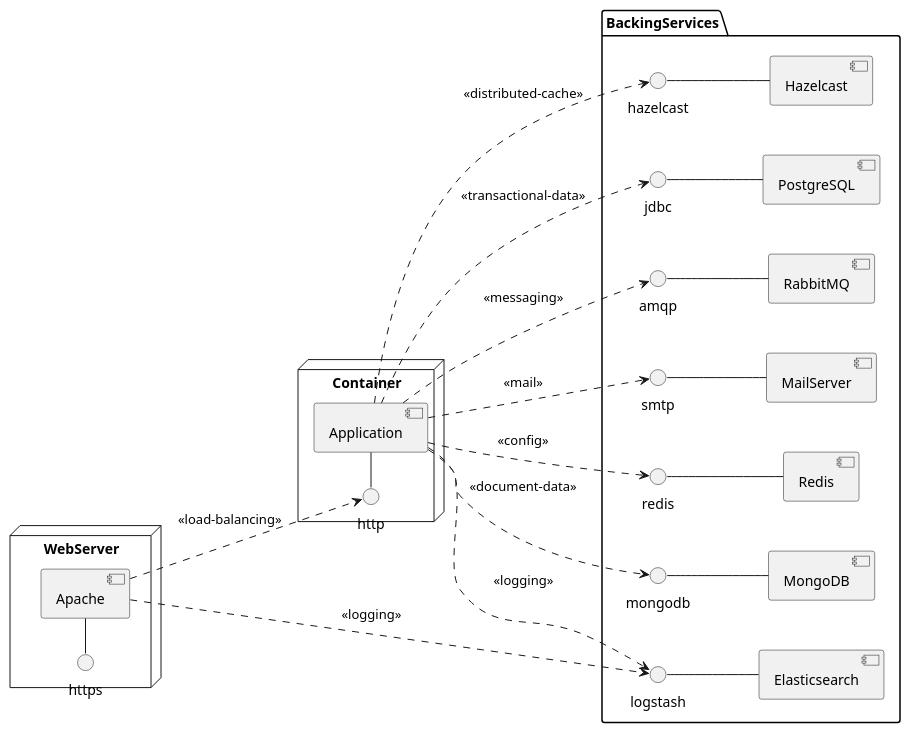
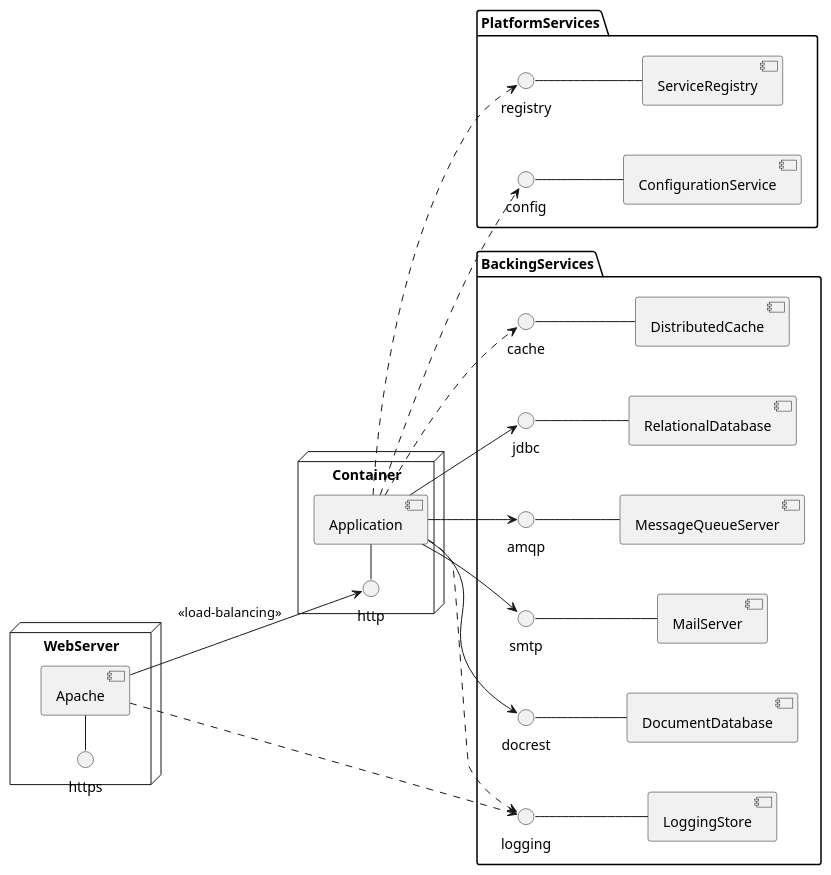
One commit to corneil/microservices-presentation changed the diagram in src/main/docs/sample-micoservice-architecture.puml. Above: the diagram before and after it, drawn with PlantUML. The commit also changed 3 other files, not shown here.

```diff
--- a/src/main/docs/sample-micoservice-architecture.puml
+++ b/src/main/docs/sample-micoservice-architecture.puml
@@ -1,33 +1,37 @@
 @startuml
 
 left to right direction
 
 node WebServer {
    https - [Apache]
 }
 
 node Container {
     http - [Application]
 }
+package PlatformServices {
+    registry -- [ServiceRegistry]
+    config -- [ConfigurationService]
 
+}
 package BackingServices {
-    hazelcast -- [Hazelcast]
-    jdbc -- [PostgreSQL]
-    amqp -- [RabbitMQ]
+    cache -- [DistributedCache]
+    jdbc -- [RelationalDatabase]
+    amqp -- [MessageQueueServer]
     smtp -- [MailServer]
-    redis -- [Redis]
-    mongodb -- [MongoDB]
-    logstash -- [Elasticsearch]
+    docrest -- [DocumentDatabase]
+    logging -- [LoggingStore]
 }
 
-Apache ..> http: <<load-balancing>>
-Application ..> jdbc: <<transactional-data>>
-Application ..> mongodb: <<document-data>>
-Application ..> amqp: <<messaging>>
-Application ..> smtp: <<mail>>
-Application ..> redis: <<config>>
-Application ..> hazelcast: <<distributed-cache>>
-Application ..> logstash: <<logging>>
-Apache ..> logstash: <<logging>>
+Apache --> http: <<load-balancing>>
+Application --> jdbc
+Application ..> config
+Application ..> registry
+Application --> docrest
+Application --> amqp
+Application --> smtp
+Application ..> cache
+Application ..> logging
+Apache ..> logging
 
 @enduml
```
